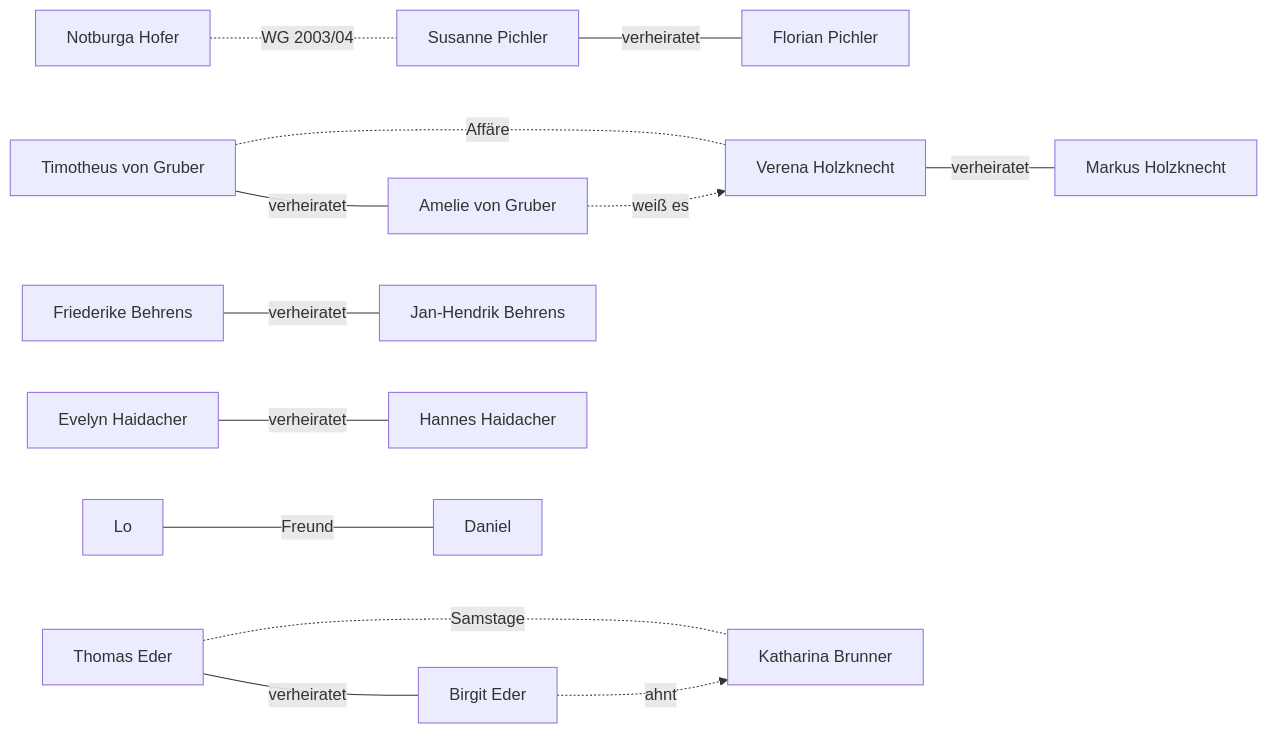
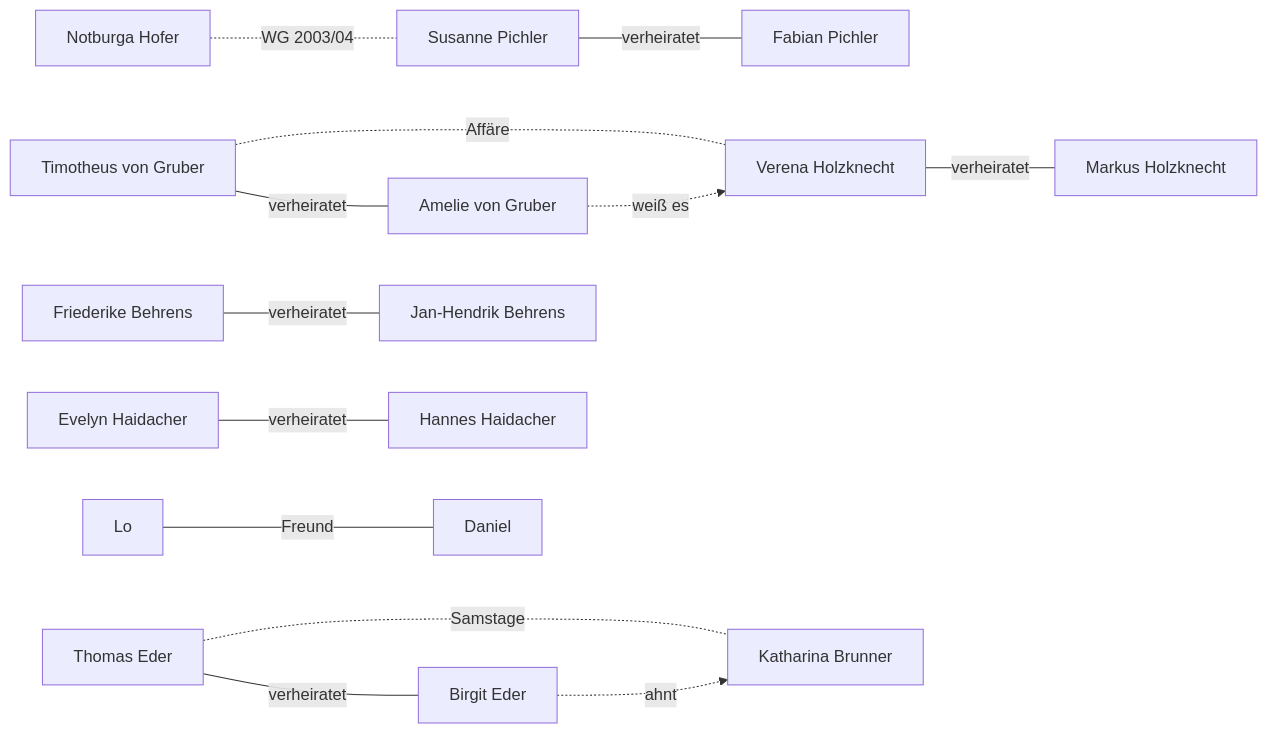
The third of 7 diagrams in IT/Lo im Kindergarten/Dossiers/Beziehungsnetz.md (DanielJMoser/ObsidianVault), drawn with Mermaid before and after one commit. The commit also changed other lines of this file and 11 other files, not shown here.

````diff
--- a/IT/Lo im Kindergarten/Dossiers/Beziehungsnetz.md
+++ b/IT/Lo im Kindergarten/Dossiers/Beziehungsnetz.md
@@ -77,16 +77,16 @@
 ```mermaid
 flowchart LR
-  SP["Susanne Pichler"] ---|verheiratet| FP["Florian Pichler"]
+  SP["Susanne Pichler"] ---|verheiratet| FP["Fabian Pichler"]
   TG["Timotheus von Gruber"] ---|verheiratet| AG["Amelie von Gruber"]
   VH["Verena Holzknecht"] ---|verheiratet| MH["Markus Holzknecht"]
   TE["Thomas Eder"] ---|verheiratet| BE["Birgit Eder"]
   FB["Friederike Behrens"] ---|verheiratet| JB["Jan-Hendrik Behrens"]
   EH["Evelyn Haidacher"] ---|verheiratet| HH["Hannes Haidacher"]
   TG -. Affäre .- VH
   TE -. Samstage .- KB["Katharina Brunner"]
   AG -. weiß es .-> VH
   BE -. ahnt .-> KB
   NH["Notburga Hofer"] -. WG 2003/04 .- SP
   LO["Lo"] ---|Freund| DA["Daniel"]
   class SP,FP,TG,AG,VH,MH,TE,BE,FB,JB,EH,HH,KB,NH,LO,DA internal-link;
 ```
````
